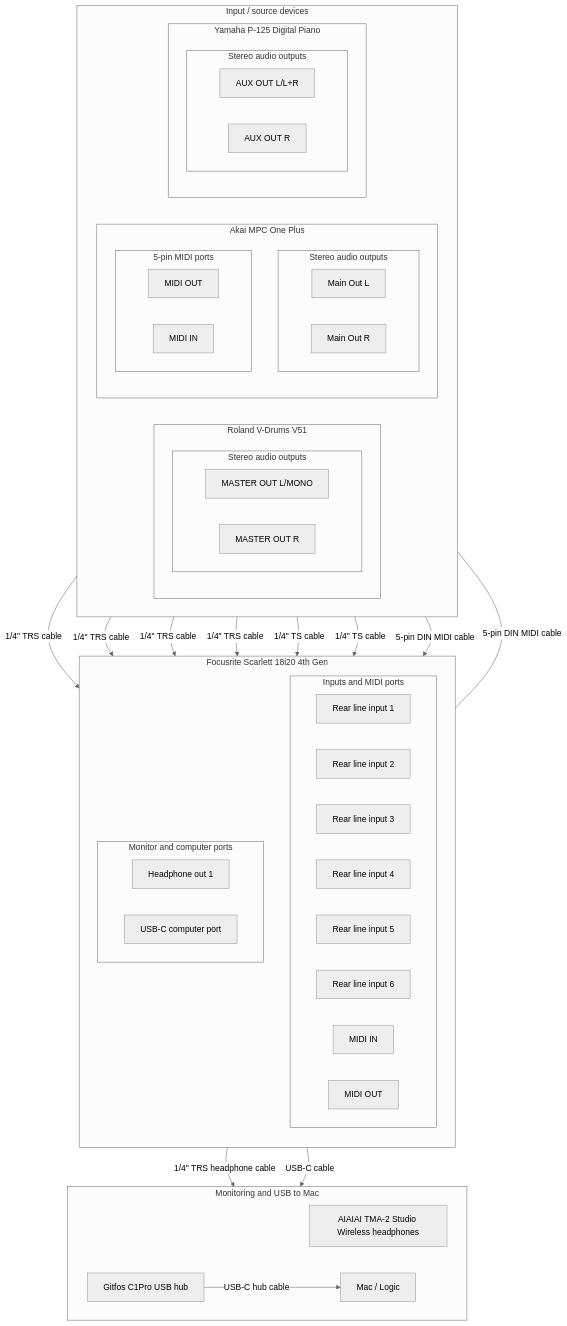
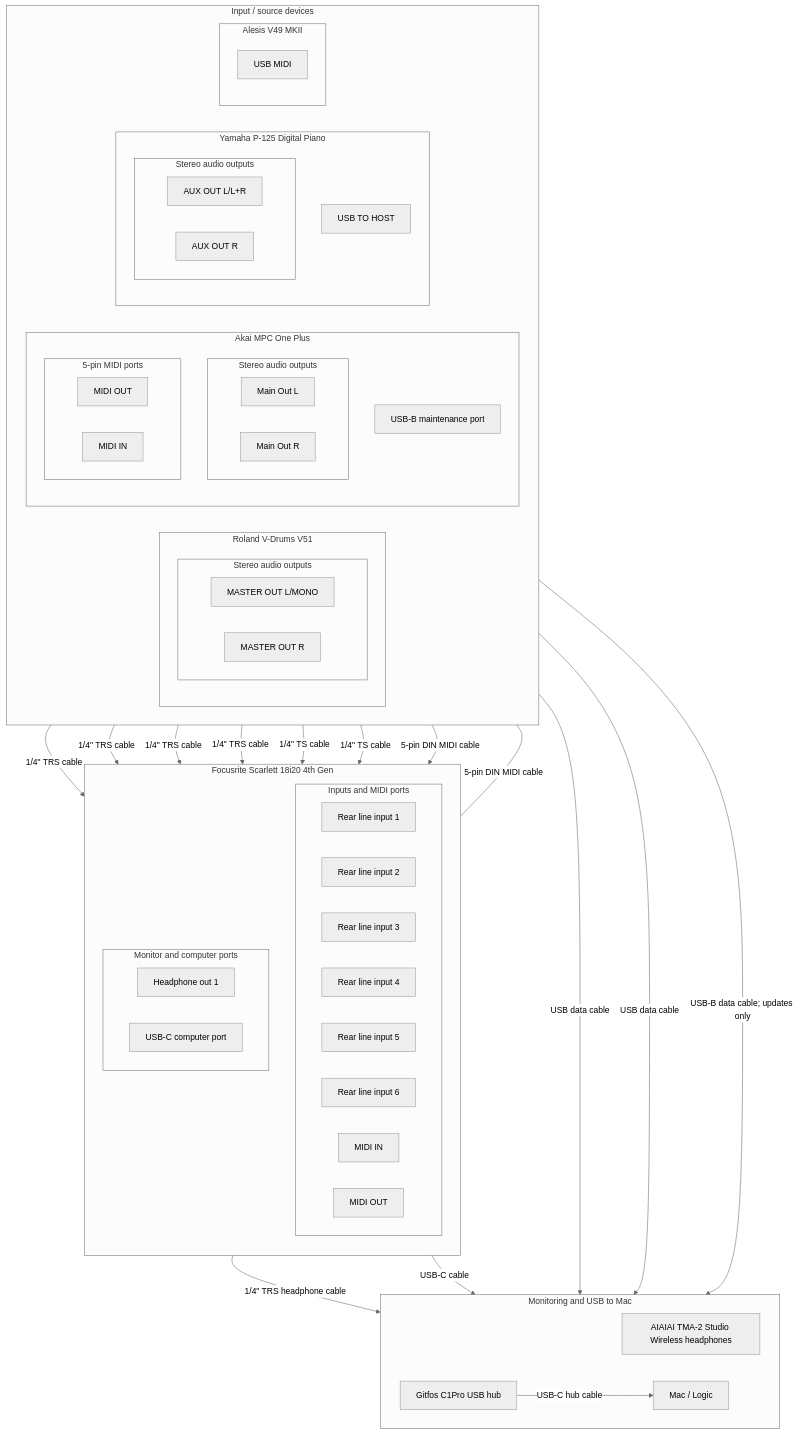
The first of 2 diagrams in AGENTS.md (thewoolleyman/music-studio), drawn with Mermaid (neutral theme) before and after one commit. The commit also changed other lines of this file, not shown here.

Commit message:
Add complete USB paths to studio diagram

````diff
--- a/AGENTS.md
+++ b/AGENTS.md
@@ -122,6 +123,7 @@
                 MPCMidiOut["MIDI OUT"]
                 MPCMidiIn["MIDI IN"]
             end
+            MPCUSB["USB-B maintenance port"]
         end
 
         subgraph Yamaha["Yamaha P-125 Digital Piano"]
@@ -131,6 +133,12 @@
                 YamahaOutL["AUX OUT L/L+R"]
                 YamahaOutR["AUX OUT R"]
             end
+            YamahaUSB["USB TO HOST"]
+        end
+
+        subgraph Alesis["Alesis V49 MKII"]
+            direction TB
+            AlesisUSB["USB MIDI"]
         end
     end
 
@@ -172,5 +180,8 @@
     MPCMidiIn ---|5-pin DIN MIDI cable| ScarlettMidiOut
     ScarlettHP1 -->|1/4&quot; TRS headphone cable| Headphones
     ScarlettUSB -->|USB-C cable| Hub
+    YamahaUSB -->|USB data cable| Hub
+    AlesisUSB -->|USB data cable| Hub
+    MPCUSB -->|USB-B data cable; updates only| Hub
     Hub -->|USB-C hub cable| Logic
 ```
````
